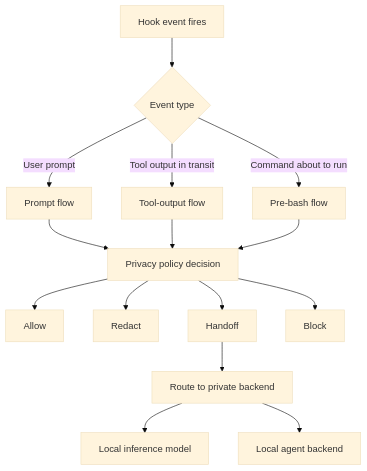
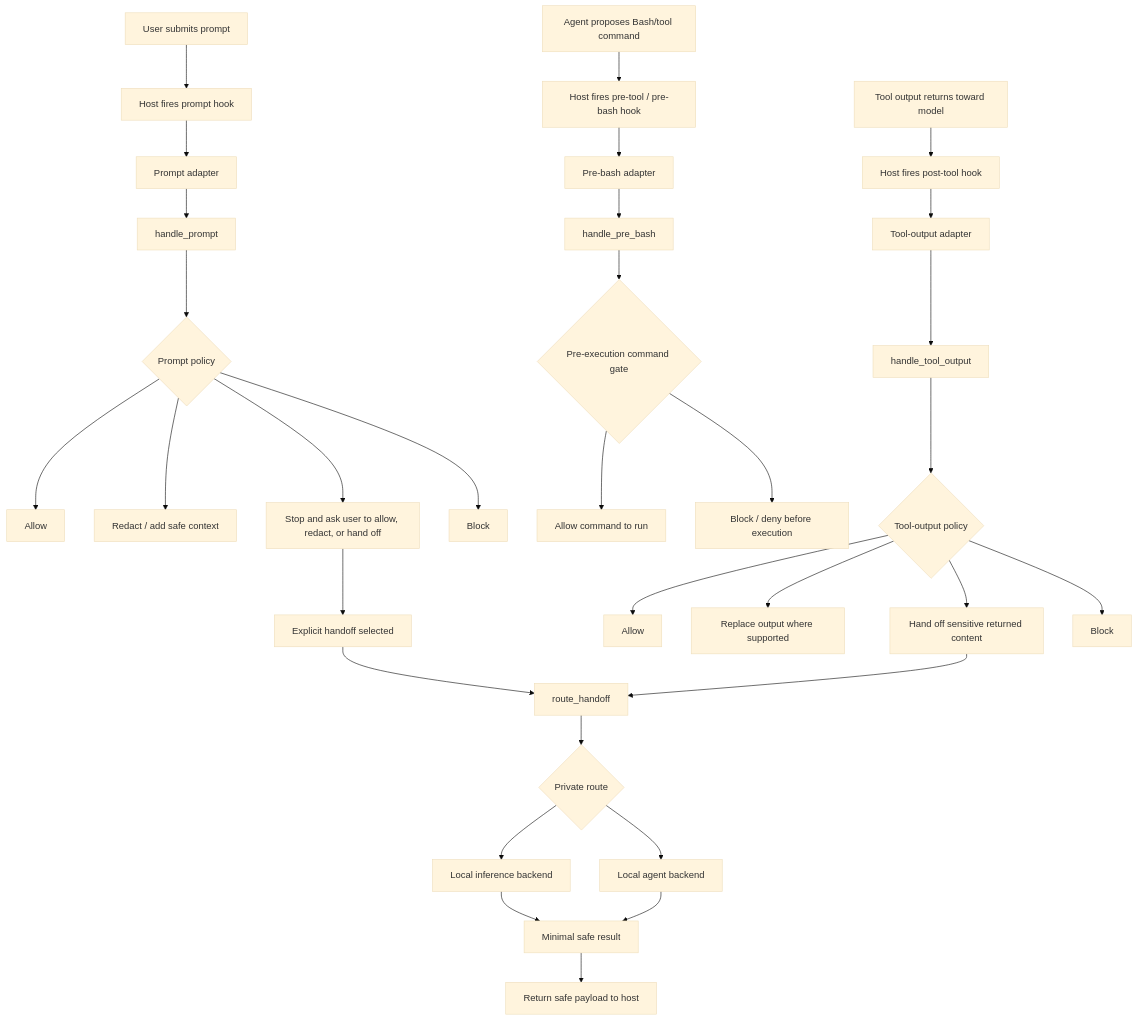
The first of 2 diagrams in _posts/2026-06-16-agent-privacy-research-writeup.md (JackDDavis/justanothertech-blog), drawn with Mermaid (base theme) before and after one commit.

Commit message:
Update: replace simplified flowchart with code-faithful diagram in how-i-evaluated-it section

```diff
--- a/_posts/2026-06-16-agent-privacy-research-writeup.md
+++ b/_posts/2026-06-16-agent-privacy-research-writeup.md
@@ -32,20 +32,44 @@
 <div class="mermaid">
 flowchart TD
-    Event[Hook event fires] --> Type{Event type}
-    Type -->|User prompt| Prompt[Prompt flow]
-    Type -->|Tool output in transit| Tool[Tool-output flow]
-    Type -->|Command about to run| Pre[Pre-bash flow]
+    UserPrompt[User submits prompt] --> PromptEvent[Host fires prompt hook]
+    AgentCommand[Agent proposes Bash/tool command] --> PreEvent[Host fires pre-tool / pre-bash hook]
+    ToolOutput[Tool output returns toward model] --> PostEvent[Host fires post-tool hook]
 
-    Prompt --> Policy[Privacy policy decision]
-    Tool --> Policy
-    Pre --> Policy
+    PromptEvent --> PromptAdapter[Prompt adapter]
+    PreEvent --> PreAdapter[Pre-bash adapter]
+    PostEvent --> PostAdapter[Tool-output adapter]
 
-    Policy --> Allow[Allow]
-    Policy --> Redact[Redact]
-    Policy --> Handoff[Handoff]
-    Policy --> Block[Block]
+    PromptAdapter --> PromptRunner[handle_prompt]
+    PreAdapter --> PreRunner[handle_pre_bash]
+    PostAdapter --> ToolRunner[handle_tool_output]
 
-    Handoff --> Router[Route to private backend]
-    Router --> Direct[Local inference model]
-    Router --> Agent[Local agent backend]
+    PromptRunner --> PromptPolicy{Prompt policy}
+    ToolRunner --> OutputPolicy{Tool-output policy}
+    PreRunner --> BashGate{Pre-execution command gate}
+
+    PromptPolicy --> PromptAllow[Allow]
+    PromptPolicy --> PromptRedact[Redact / add safe context]
+    PromptPolicy --> PromptChoice[Stop and ask user to allow, redact, or hand off]
+    PromptPolicy --> PromptBlock[Block]
+
+    PromptChoice --> PromptHandoff[Explicit handoff selected]
+    PromptHandoff --> Router[route_handoff]
+
+    OutputPolicy --> OutputAllow[Allow]
+    OutputPolicy --> OutputRedact[Replace output where supported]
+    OutputPolicy --> OutputHandoff[Hand off sensitive returned content]
+    OutputPolicy --> OutputBlock[Block]
+
+    OutputHandoff --> Router
+
+    BashGate --> BashAllow[Allow command to run]
+    BashGate --> BashBlock[Block / deny before execution]
+
+    Router --> RouteDecision{Private route}
+    RouteDecision --> Direct[Local inference backend]
+    RouteDecision --> LocalAgent[Local agent backend]
+
+    Direct --> SafeResult[Minimal safe result]
+    LocalAgent --> SafeResult[Minimal safe result]
+    SafeResult --> HostReturn[Return safe payload to host]
 </div>
```
